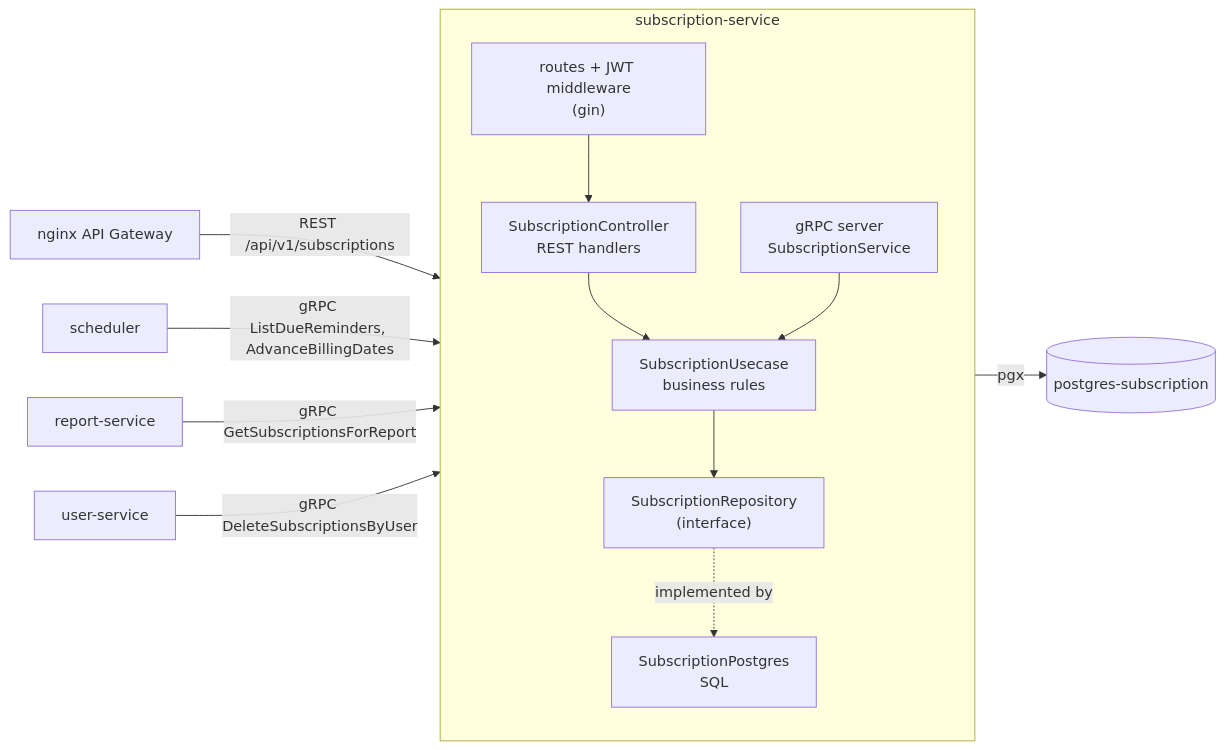
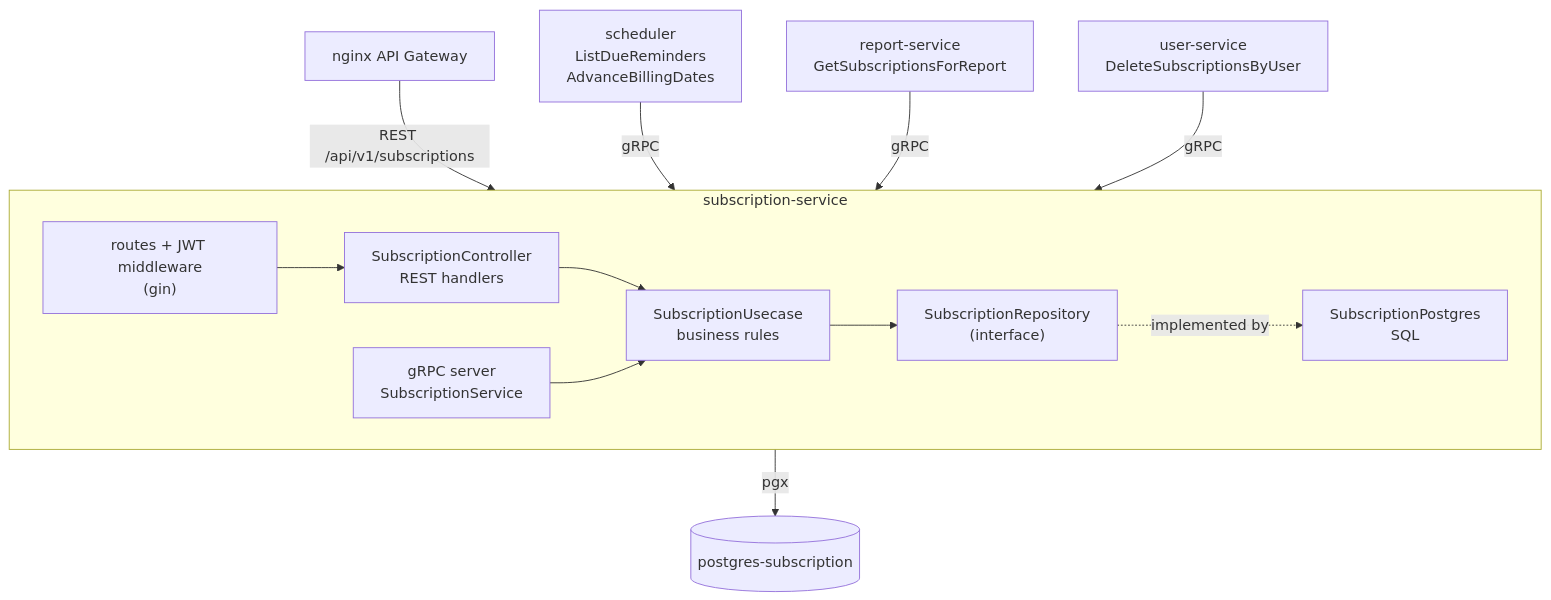
Before and after one commit to polar-bear-cu/sgt-deploy: the third of 6 diagrams in docs/diagrams.md, drawn with Mermaid. The commit also changed other lines of this file, not shown here.

Commit message:
fix: mermaid diagram

````diff
--- a/docs/diagrams.md
+++ b/docs/diagrams.md
@@ -63,29 +64,29 @@
 ```mermaid
-flowchart LR
+flowchart TB
     gw["nginx API Gateway"]
-    sched["scheduler"]
-    report["report-service"]
-    usersvc["user-service"]
+    sched["scheduler<br/>ListDueReminders<br/>AdvanceBillingDates"]
+    report["report-service<br/>GetSubscriptionsForReport"]
+    usersvc["user-service<br/>DeleteSubscriptionsByUser"]
     db[("postgres-subscription")]
 
     subgraph svc["subscription-service"]
-        direction TB
+        direction LR
         routes["routes + JWT middleware<br/>(gin)"]
         ctl["SubscriptionController<br/>REST handlers"]
         grpcsrv["gRPC server<br/>SubscriptionService"]
         uc["SubscriptionUsecase<br/>business rules"]
         repo["SubscriptionRepository<br/>(interface)"]
         pg["SubscriptionPostgres<br/>SQL"]
         routes --> ctl
         ctl --> uc
         grpcsrv --> uc
         uc --> repo
         repo -. implemented by .-> pg
     end
 
     gw -- "REST /api/v1/subscriptions" --> routes
-    sched -- "gRPC ListDueReminders, AdvanceBillingDates" --> grpcsrv
-    report -- "gRPC GetSubscriptionsForReport" --> grpcsrv
-    usersvc -- "gRPC DeleteSubscriptionsByUser" --> grpcsrv
+    sched -- "gRPC" --> grpcsrv
+    report -- "gRPC" --> grpcsrv
+    usersvc -- "gRPC" --> grpcsrv
     pg -- "pgx" --> db
 ```
````
